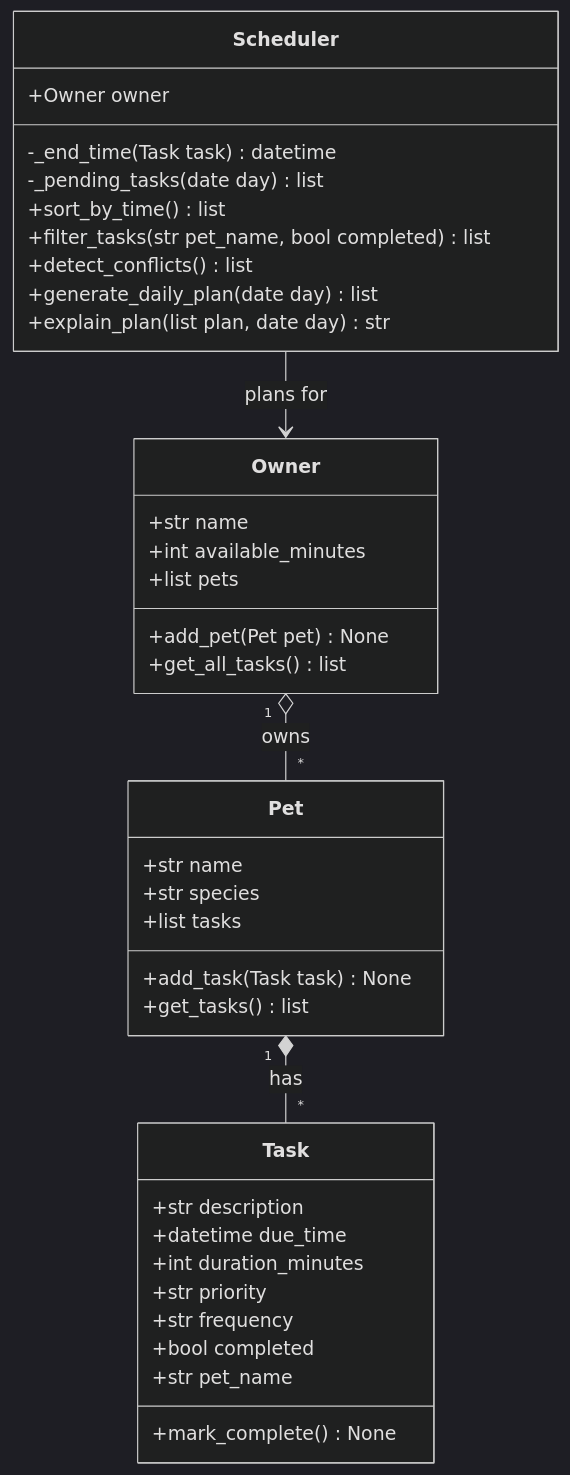
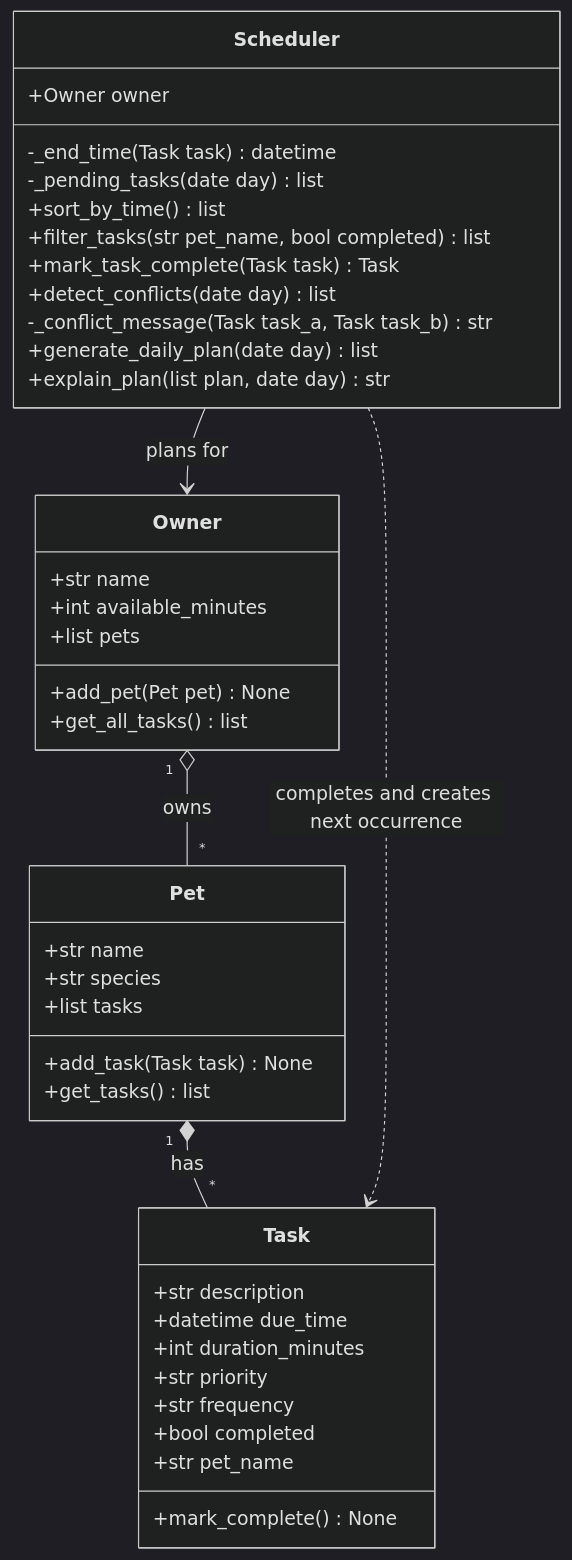
One commit to CarlitoTF99/ai110-module2show-pawpal-starter changed the diagram in diagrams/uml_draft.mmd. Above: the diagram before and after it, drawn with Mermaid (dark theme). The commit also changed 6 other files, not shown here.

```diff
--- a/diagrams/uml_draft.mmd
+++ b/diagrams/uml_draft.mmd
@@ -1,42 +1,45 @@
 classDiagram
     class Owner {
         +str name
         +int available_minutes
         +list pets
         +add_pet(Pet pet) None
         +get_all_tasks() list
     }
 
     class Pet {
         +str name
         +str species
         +list tasks
         +add_task(Task task) None
         +get_tasks() list
     }
 
     class Task {
         +str description
         +datetime due_time
         +int duration_minutes
         +str priority
         +str frequency
         +bool completed
         +str pet_name
         +mark_complete() None
     }
 
     class Scheduler {
         +Owner owner
         -_end_time(Task task) datetime
         -_pending_tasks(date day) list
         +sort_by_time() list
         +filter_tasks(str pet_name, bool completed) list
-        +detect_conflicts() list
+        +mark_task_complete(Task task) Task
+        +detect_conflicts(date day) list
+        -_conflict_message(Task task_a, Task task_b) str
         +generate_daily_plan(date day) list
         +explain_plan(list plan, date day) str
     }
 
     Owner "1" o-- "*" Pet : owns
     Pet "1" *-- "*" Task : has
     Scheduler --> Owner : plans for
+    Scheduler ..> Task : completes and creates next occurrence
```
